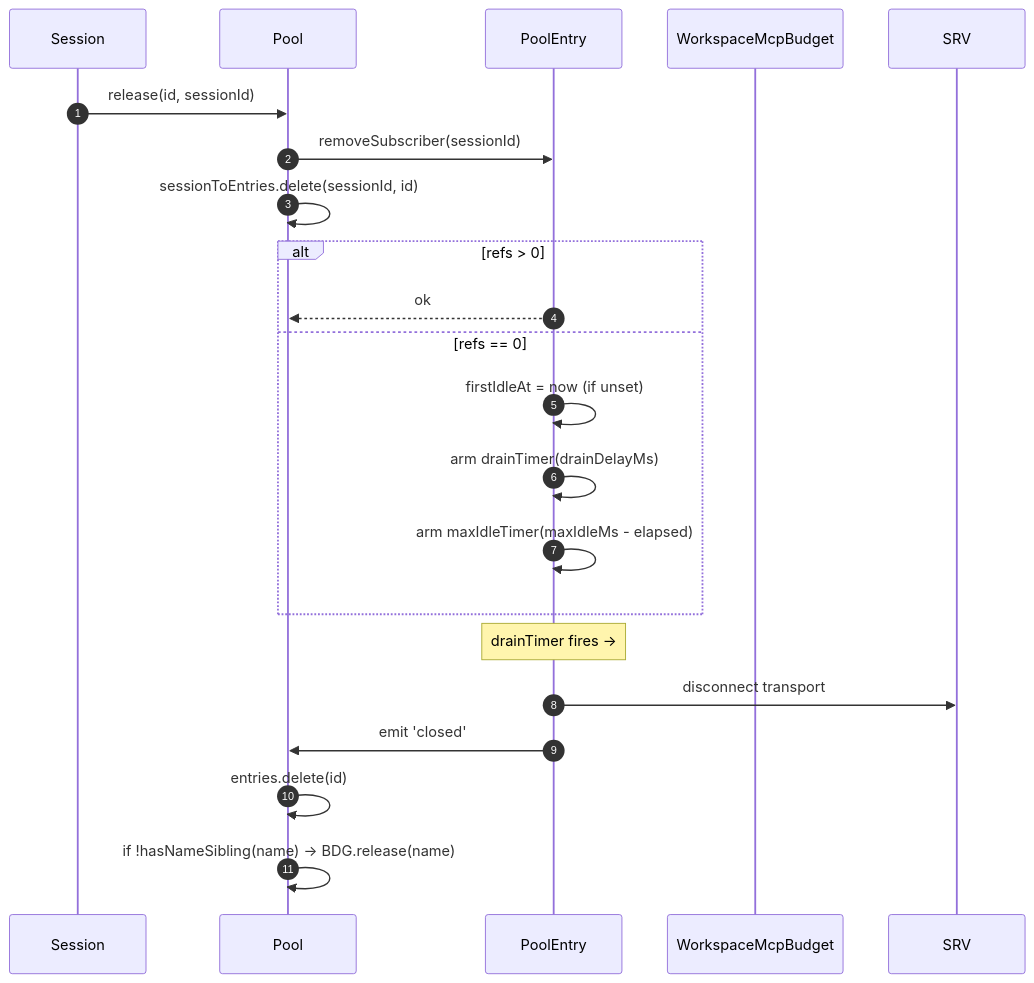
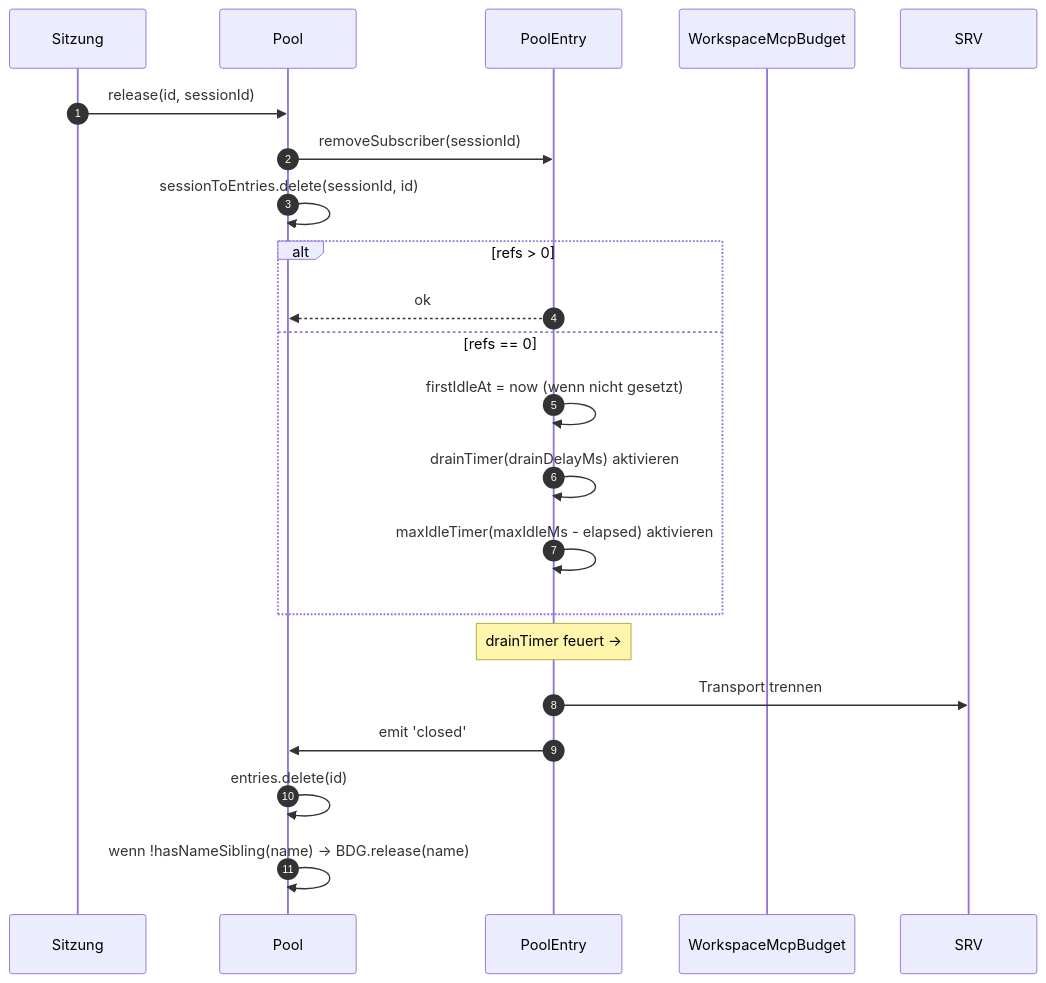
The second of 4 diagrams in website/content/de/developers/daemon/05-mcp-transport-pool.md (QwenLM/qwen-code-docs), drawn with Mermaid before and after one commit. The commit also changed other lines of this file and 1077 other files, not shown here.

````diff
--- a/website/content/de/developers/daemon/05-mcp-transport-pool.md
+++ b/website/content/de/developers/daemon/05-mcp-transport-pool.md
@@ -143,24 +144,24 @@
 ```mermaid
 sequenceDiagram
     autonumber
-    participant S as Session
+    participant S as Sitzung
     participant P as Pool
     participant E as PoolEntry
     participant BDG as WorkspaceMcpBudget
 
     S->>P: release(id, sessionId)
     P->>E: removeSubscriber(sessionId)
     P->>P: sessionToEntries.delete(sessionId, id)
     alt refs > 0
         E-->>P: ok
     else refs == 0
-        E->>E: firstIdleAt = now (if unset)
-        E->>E: arm drainTimer(drainDelayMs)
-        E->>E: arm maxIdleTimer(maxIdleMs - elapsed)
+        E->>E: firstIdleAt = now (wenn nicht gesetzt)
+        E->>E: drainTimer(drainDelayMs) aktivieren
+        E->>E: maxIdleTimer(maxIdleMs - elapsed) aktivieren
     end
-    Note over E: drainTimer fires →
-    E->>SRV: disconnect transport
+    Note over E: drainTimer feuert →
+    E->>SRV: Transport trennen
     E->>P: emit 'closed'
     P->>P: entries.delete(id)
-    P->>P: if !hasNameSibling(name) → BDG.release(name)
+    P->>P: wenn !hasNameSibling(name) → BDG.release(name)
 ```
````
